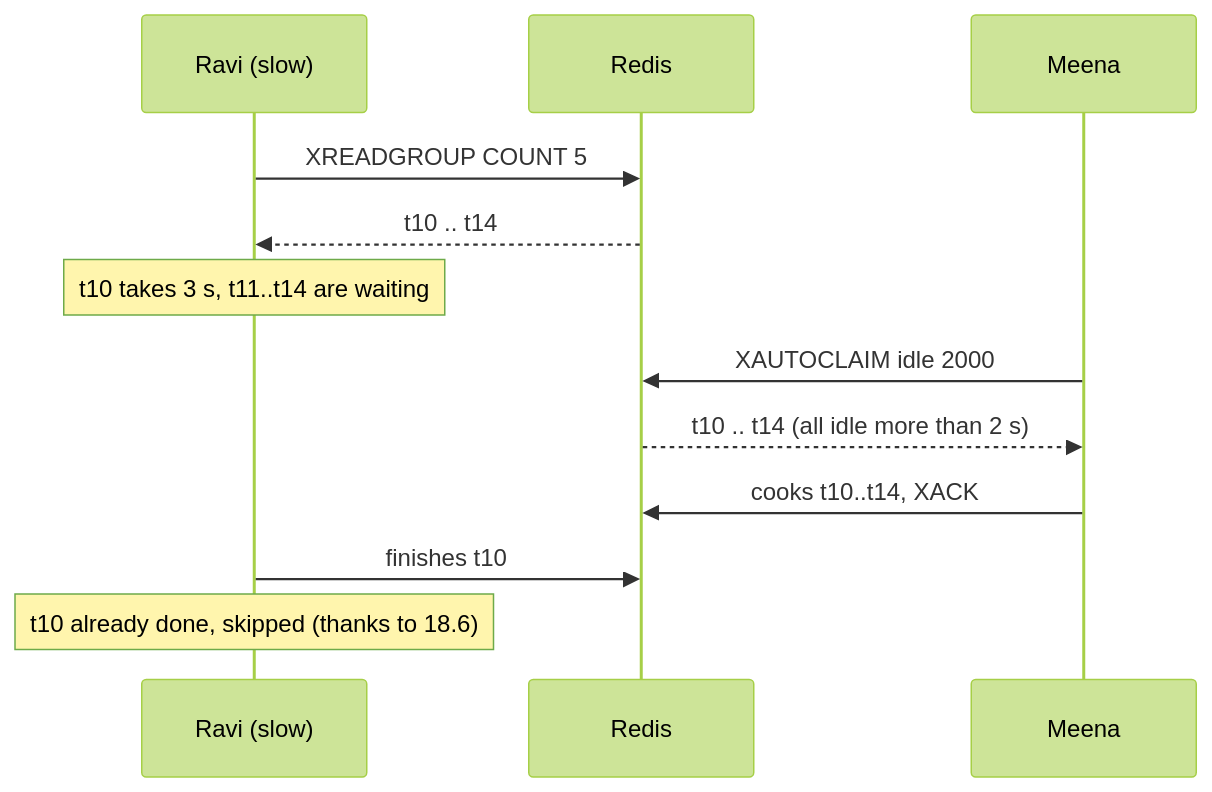
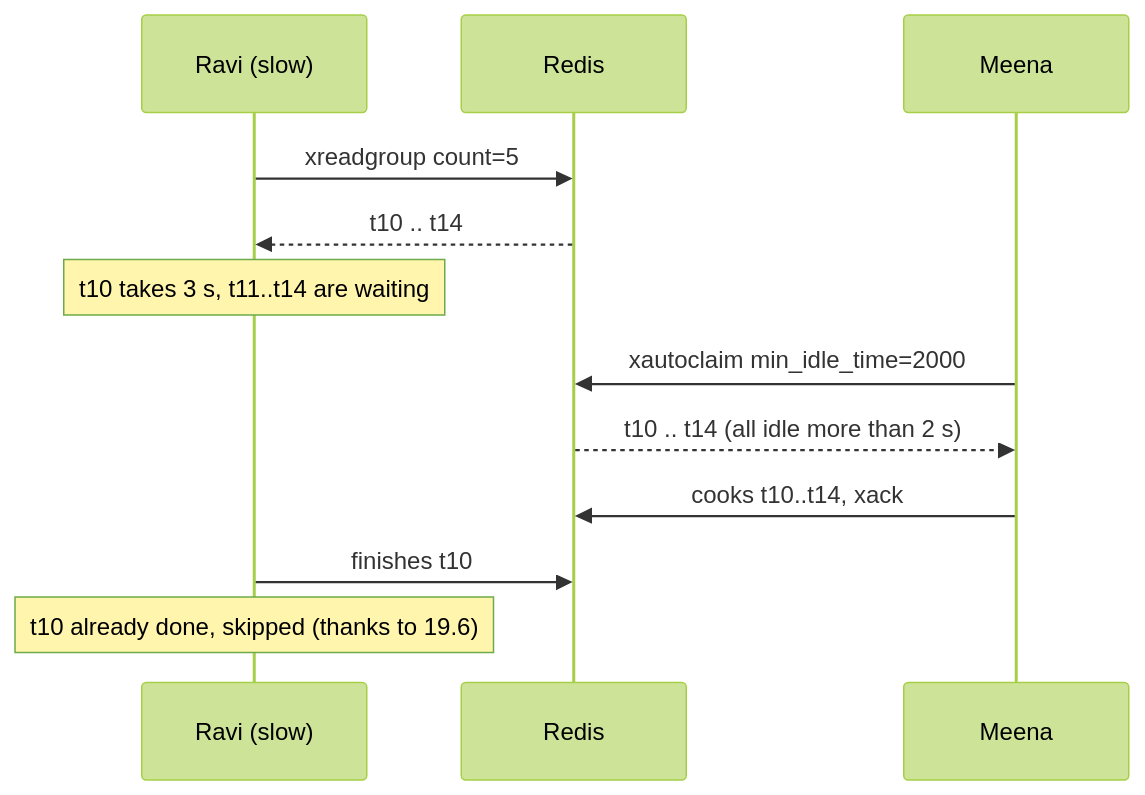
One commit to selvakumarperumal/Regulatory_Circular_Impact_Agent changed diagram 20 of 31 in redis.md. Above: the diagram before and after it, drawn with Mermaid (forest theme). The commit also changed other lines of this file, not shown here.

````diff
--- a/redis.md
+++ b/redis.md
@@ -1850,14 +2437,14 @@
 ```mermaid
 sequenceDiagram
     participant Ravi as Ravi (slow)
     participant R as Redis
     participant Meena
-    Ravi->>R: XREADGROUP COUNT 5
+    Ravi->>R: xreadgroup count=5
     R-->>Ravi: t10 .. t14
     Note over Ravi: t10 takes 3 s, t11..t14 are waiting
-    Meena->>R: XAUTOCLAIM idle 2000
+    Meena->>R: xautoclaim min_idle_time=2000
     R-->>Meena: t10 .. t14 (all idle more than 2 s)
-    Meena->>R: cooks t10..t14, XACK
+    Meena->>R: cooks t10..t14, xack
     Ravi->>R: finishes t10
-    Note over Ravi: t10 already done, skipped (thanks to 18.6)
+    Note over Ravi: t10 already done, skipped (thanks to 19.6)
 ```
````
